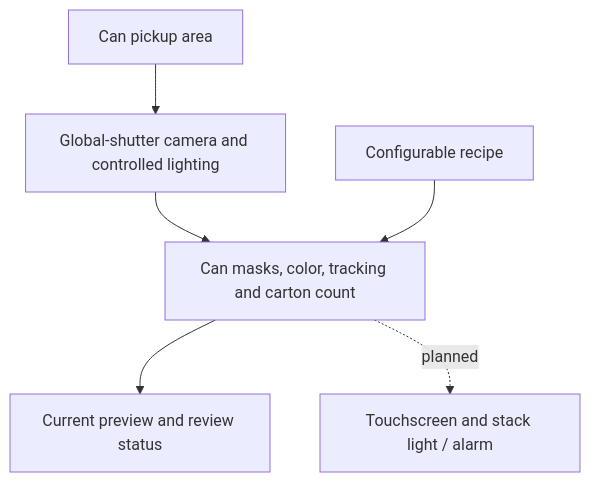
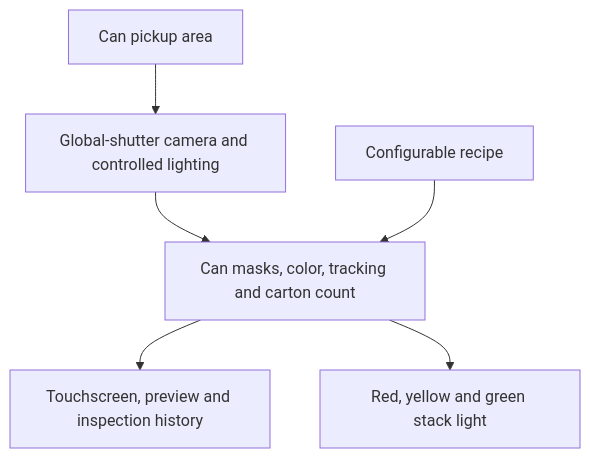
One commit to AlrJohn/CS488_Team1_Capstone changed the diagram in README.md. Above: the diagram before and after it, drawn with Mermaid. The commit also changed other lines of this file and 123 other files, not shown here.

````diff
--- a/README.md
+++ b/README.md
@@ -23,8 +23,8 @@
 ```mermaid
 flowchart TD
     A[Can pickup area] --> B[Global-shutter camera and controlled lighting]
     B --> C[Can masks, color, tracking and carton count]
     R[Configurable recipe] --> C
-    C --> D[Current preview and review status]
-    C -. planned .-> E[Touchscreen and stack light / alarm]
+    C --> D[Touchscreen, preview and inspection history]
+    C --> E[Red, yellow and green stack light]
 ```
````
